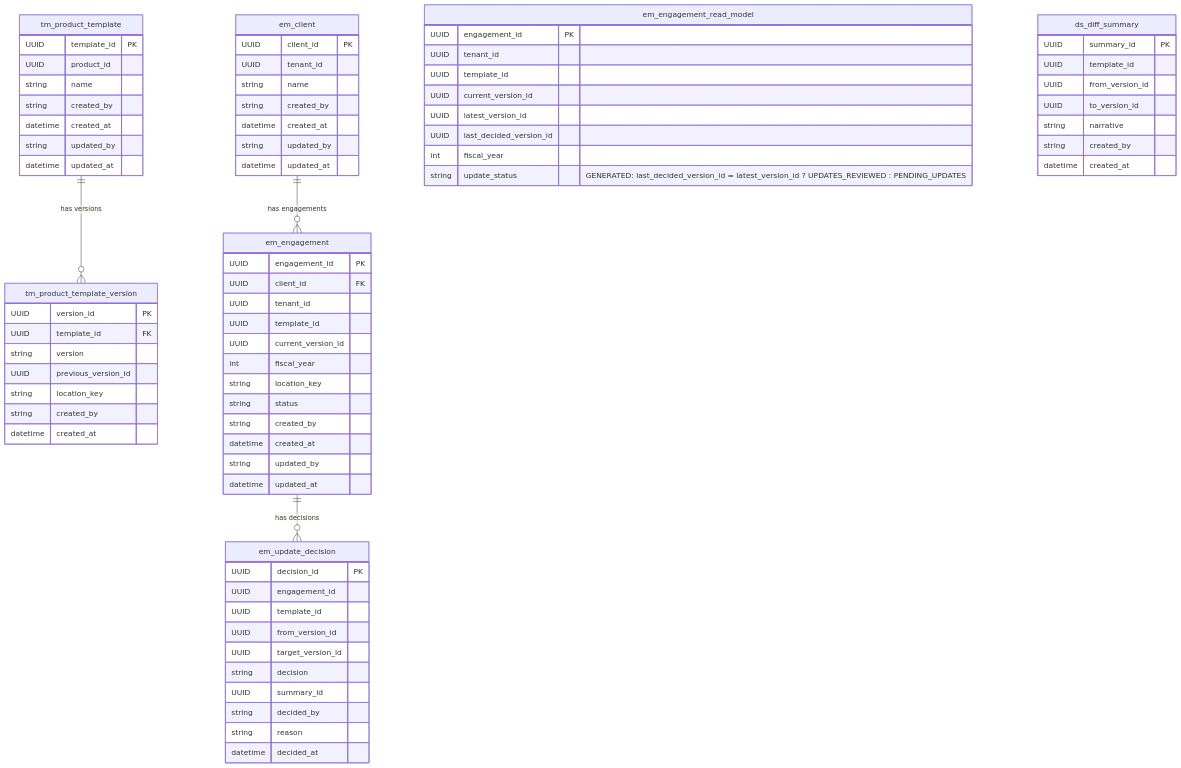
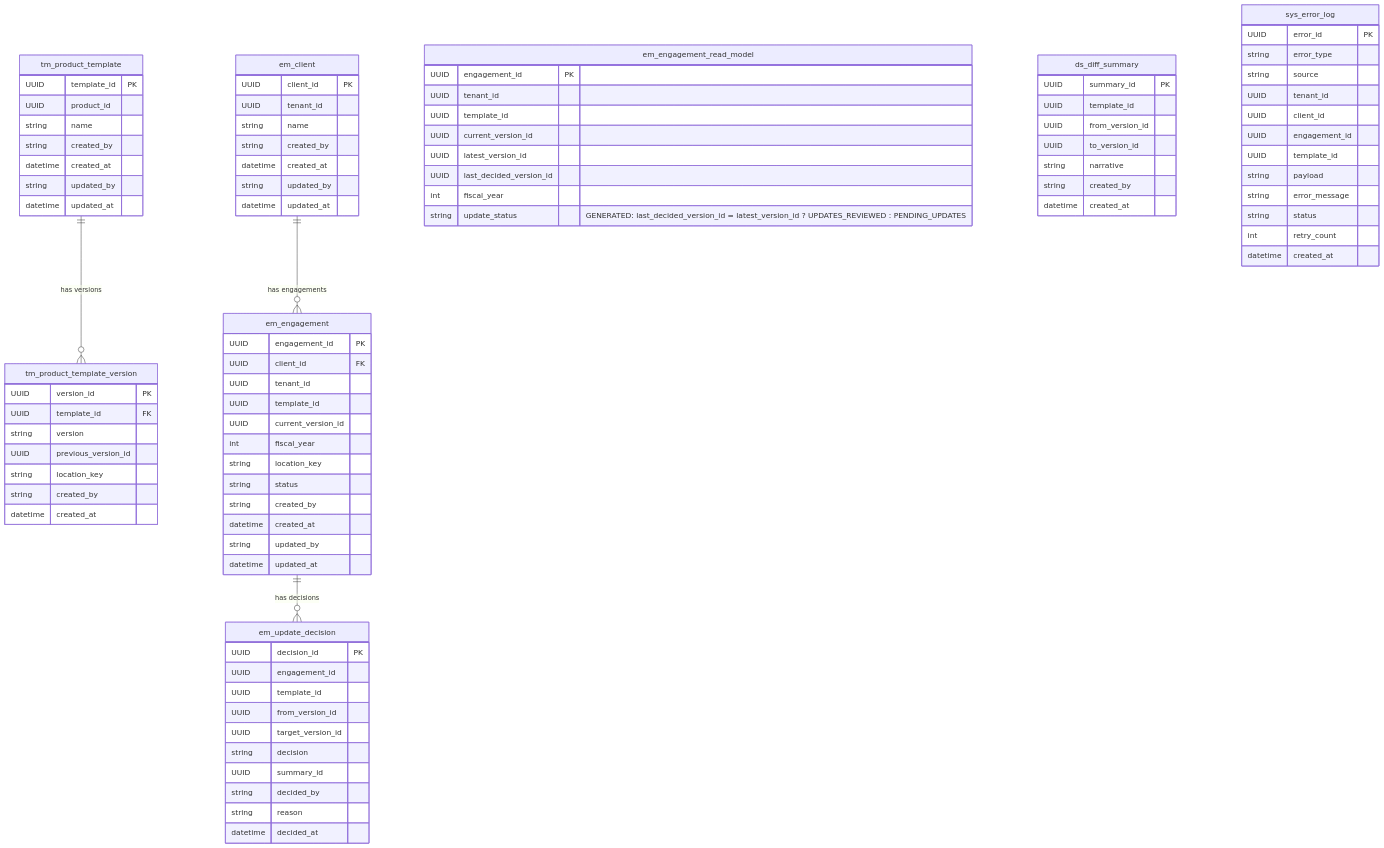
One commit to jose-foronda/caseware_test_2026_09 changed the diagram in architecture/erd.md. Above: the diagram before and after it, drawn with Mermaid. The commit also changed other lines of this file and 1 other file, not shown here.

Commit message:
improving design document

```diff
--- a/architecture/erd.md
+++ b/architecture/erd.md
@@ -112,6 +113,23 @@
         datetime created_at
     }
 
+    %% ─── sys (System / Cross-cutting) ────────────────────────────────
+
+    sys_error_log {
+        UUID     error_id      PK
+        string   error_type
+        string   source
+        UUID     tenant_id
+        UUID     client_id
+        UUID     engagement_id
+        UUID     template_id
+        string   payload
+        string   error_message
+        string   status
+        int      retry_count
+        datetime created_at
+    }
+
     %% ─── Relationships (within schema only) ────────────────────────────
 
     tm_product_template      ||--o{ tm_product_template_version : "has versions"
```
